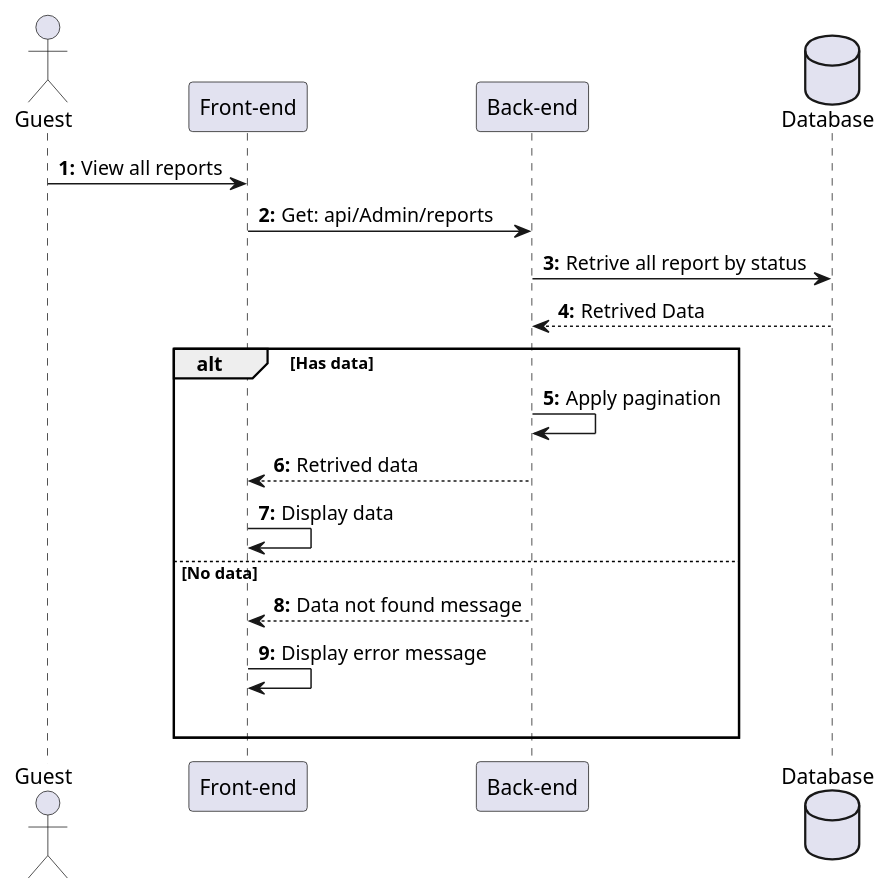
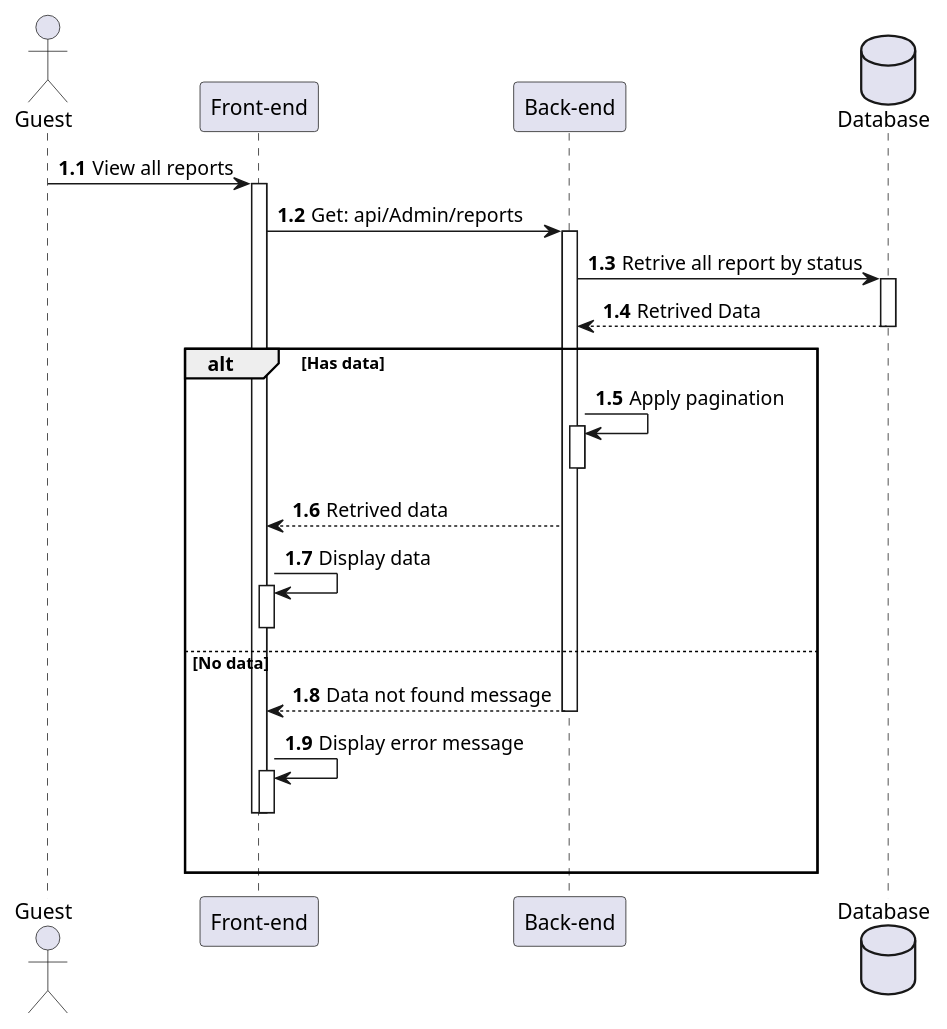
Before and after one commit to HTPhong-276/iCoaching-Diagrams: the diagram in Sequences_diagrams/ViewReports.pu, drawn with PlantUML. The commit also changed 49 other files, not shown here.

```diff
--- a/Sequences_diagrams/ViewReports.pu
+++ b/Sequences_diagrams/ViewReports.pu
@@ -1,25 +1,31 @@
 @startuml ViewAllReports
 
 actor Guest as user
 participant "Front-end" as client
 participant "Back-end" as server 
 database "Database" as db
 
-autonumber "<b>0:"
+autonumber 1.1 "<b>0:"
 
-user -> client : View all reports 
-client -> server : Get: api/Admin/reports
-server -> db : Retrive all report by status
+user -> client++ : View all reports 
+client -> server++ : Get: api/Admin/reports
+server -> db++ : Retrive all report by status
 db --> server : Retrived Data
+deactivate
 
 alt Has data
-    server -> server : Apply pagination
+    server -> server++ : Apply pagination
+    deactivate
     server --> client : Retrived data
-    client -> client : Display data
+    client -> client++ : Display data
+    deactivate
 
 else No data
     server --> client : Data not found message
-    client -> client : Display error message 
+    deactivate
+    client -> client++ : Display error message
+    deactivate
+    deactivate 
     |||
 end 
 @enduml
```
